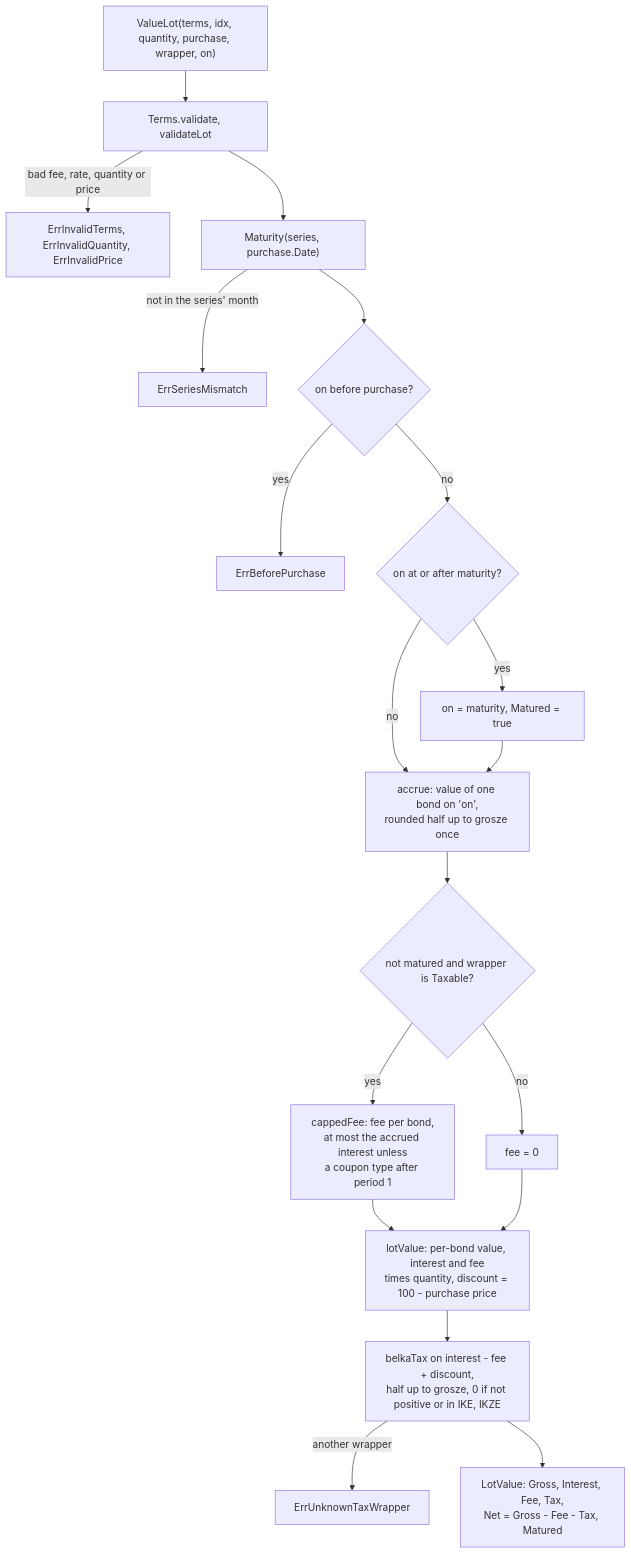
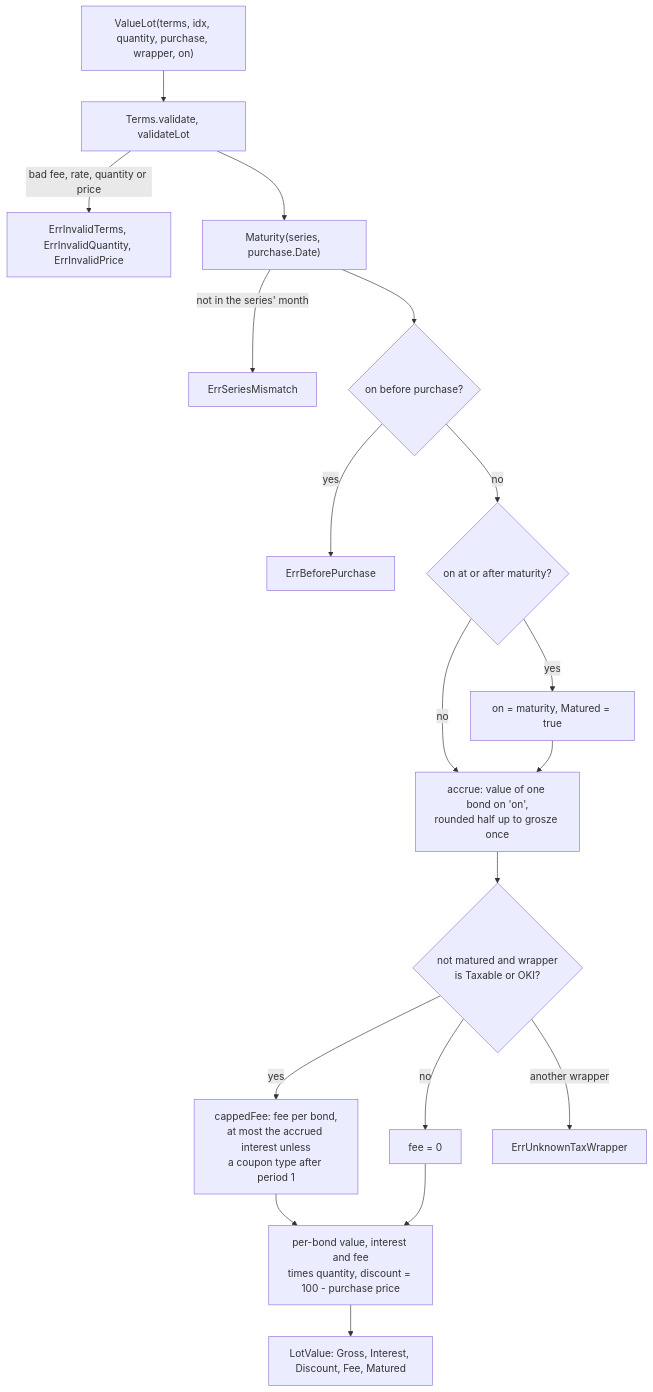
The first of 4 diagrams in docs/concepts/treasury-bonds.md (arkadiuss/openfief), drawn with Mermaid before and after one commit. The commit also changed other lines of this file and 273 other files, not shown here.

````diff
--- a/docs/concepts/treasury-bonds.md
+++ b/docs/concepts/treasury-bonds.md
@@ -99,21 +107,20 @@
 ```mermaid
 flowchart TD
   start["ValueLot(terms, idx, quantity, purchase, wrapper, on)"] --> val["Terms.validate, validateLot"]
   val -- "bad fee, rate, quantity or price" --> e1["ErrInvalidTerms, ErrInvalidQuantity, ErrInvalidPrice"]
   val --> mat["Maturity(series, purchase.Date)"]
   mat -- "not in the series' month" --> e2["ErrSeriesMismatch"]
   mat --> before{"on before purchase?"}
   before -- yes --> e3["ErrBeforePurchase"]
   before -- no --> after{"on at or after maturity?"}
   after -- yes --> clamp["on = maturity, Matured = true"]
   after -- no --> acc
   clamp --> acc["accrue: value of one bond on 'on',<br/>rounded half up to grosze once"]
-  acc --> feeq{"not matured and wrapper is Taxable?"}
+  acc --> feeq{"not matured and wrapper<br/>is Taxable or OKI?"}
   feeq -- yes --> fee["cappedFee: fee per bond,<br/>at most the accrued interest unless<br/>a coupon type after period 1"]
   feeq -- no --> nofee["fee = 0"]
   fee --> lot
-  nofee --> lot["lotValue: per-bond value, interest and fee<br/>times quantity, discount = 100 - purchase price"]
-  lot --> tax["belkaTax on interest - fee + discount,<br/>half up to grosze, 0 if not positive or in IKE, IKZE"]
-  tax -- "another wrapper" --> e4["ErrUnknownTaxWrapper"]
-  tax --> out["LotValue: Gross, Interest, Fee, Tax,<br/>Net = Gross - Fee - Tax, Matured"]
+  feeq -- "another wrapper" --> e4["ErrUnknownTaxWrapper"]
+  nofee --> lot["per-bond value, interest and fee<br/>times quantity, discount = 100 - purchase price"]
+  lot --> out["LotValue: Gross, Interest, Discount, Fee, Matured"]
 ```
````
